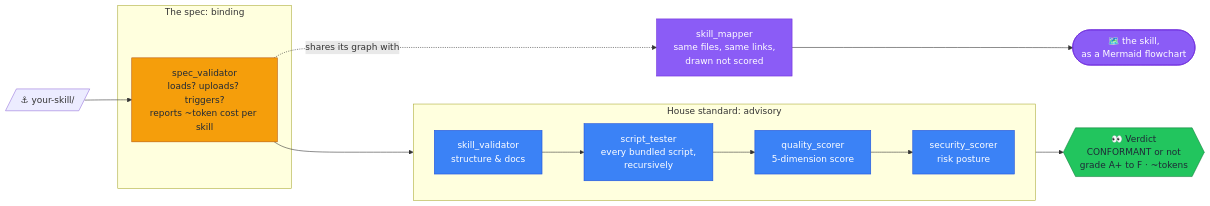
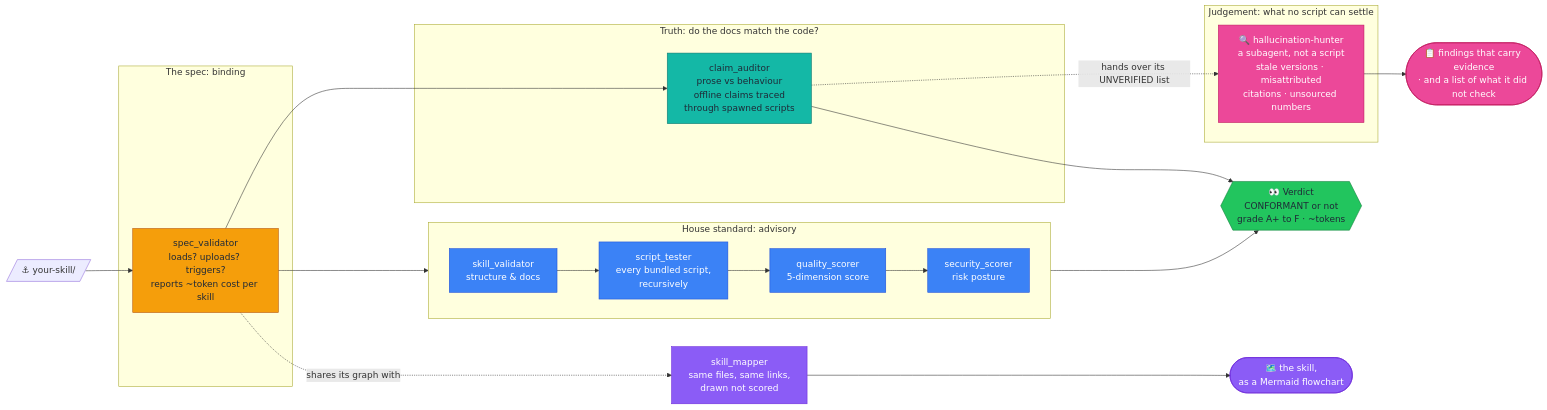
The first of 2 diagrams in README.md (AlveeeRahman/skill-vision), drawn with Mermaid before and after one commit. The commit also changed other lines of this file and 3 other files, not shown here.

First line of the commit message:
Put the hallucination-hunter agent where it can actually be found (#3)

````diff
--- a/README.md
+++ b/README.md
@@ -61,25 +81,39 @@
 ```mermaid
 flowchart LR
     skill[/"⚓ your-skill/"/] --> spec
     subgraph SPEC["The spec: binding"]
         spec["spec_validator<br/>loads? uploads? triggers?<br/>reports ~token cost per skill"]
     end
     subgraph HOUSE["House standard: advisory"]
         direction LR
         house["skill_validator<br/>structure & docs"] --> tester["script_tester<br/>every bundled script,<br/>recursively"]
         tester --> quality["quality_scorer<br/>5-dimension score"]
         quality --> security["security_scorer<br/>risk posture"]
     end
+    subgraph TRUTH["Truth: do the docs match the code?"]
+        auditor["claim_auditor<br/>prose vs behaviour<br/>offline claims traced<br/>through spawned scripts"]
+    end
+    subgraph AGENT["Judgement: what no script can settle"]
+        hunter["🔍 hallucination-hunter<br/>a subagent, not a script<br/>stale versions · misattributed<br/>citations · unsourced numbers"]
+    end
     spec --> house
+    spec --> auditor
     spec -.shares its graph with.-> mapper["skill_mapper<br/>same files, same links,<br/>drawn not scored"]
     security --> verdict{{"👀 Verdict<br/>CONFORMANT or not<br/>grade A+ to F · ~tokens"}}
+    auditor --> verdict
     mapper --> picture(["🗺️ the skill,<br/>as a Mermaid flowchart"])
+    auditor -.hands over its UNVERIFIED list.-> hunter
+    hunter --> report(["📋 findings that carry evidence<br/>· and a list of what it did not check"])
     classDef specStyle fill:#f59e0b,stroke:#b45309,color:#1f2937
     classDef houseStyle fill:#3b82f6,stroke:#1d4ed8,color:#ffffff
+    classDef truthStyle fill:#14b8a6,stroke:#0f766e,color:#1f2937
     classDef verdictStyle fill:#22c55e,stroke:#15803d,color:#1f2937
     classDef mapStyle fill:#8b5cf6,stroke:#6d28d9,color:#ffffff
+    classDef agentStyle fill:#ec4899,stroke:#be185d,color:#ffffff
     class spec specStyle
     class house,tester,quality,security houseStyle
+    class auditor truthStyle
     class verdict verdictStyle
     class mapper,picture mapStyle
+    class hunter,report agentStyle
 ```
````
